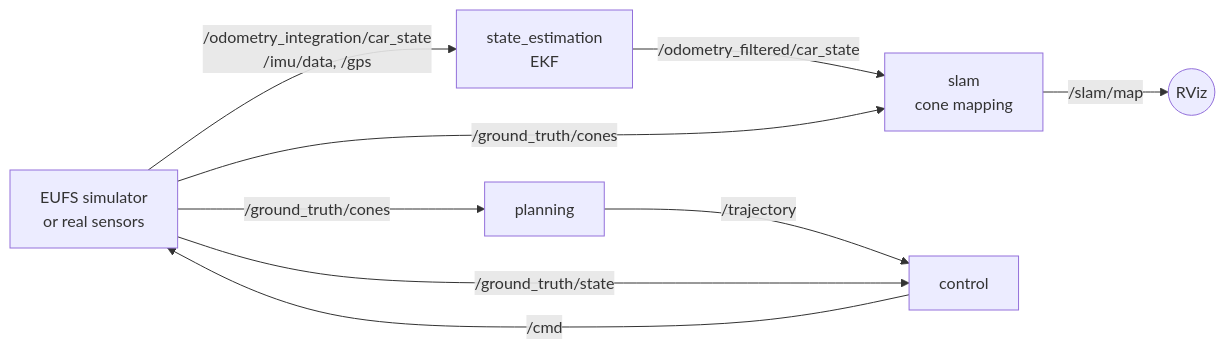
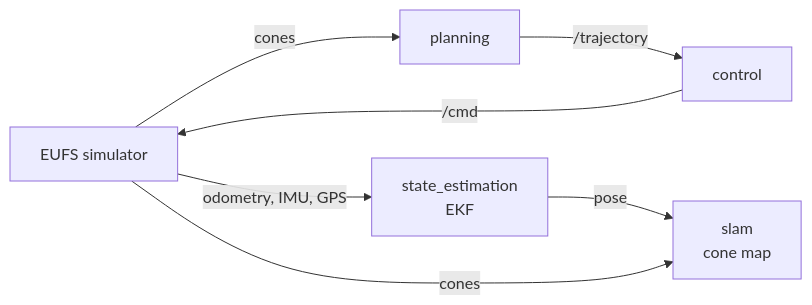
Before and after one commit to faizan75669/autonomous-driving-stack: the diagram in driverless-software/README.md, drawn with Mermaid. The commit also changed other lines of this file and 4 other files, not shown here.

````diff
--- a/driverless-software/README.md
+++ b/driverless-software/README.md
@@ -12,11 +12,9 @@
 ```mermaid
 flowchart LR
-    S[EUFS simulator<br/>or real sensors] -->|/ground_truth/cones| P[planning]
-    S -->|/odometry_integration/car_state<br/>/imu/data, /gps| E[state_estimation<br/>EKF]
-    E -->|/odometry_filtered/car_state| M[slam<br/>cone mapping]
-    S -->|/ground_truth/cones| M
-    M -->|/slam/map| R((RViz))
+    S[EUFS simulator] -->|cones| P[planning]
+    S -->|odometry, IMU, GPS| E[state_estimation<br/>EKF]
+    E -->|pose| M[slam<br/>cone map]
+    S -->|cones| M
     P -->|/trajectory| C[control]
-    S -->|/ground_truth/state| C
     C -->|/cmd| S
 ```
````
